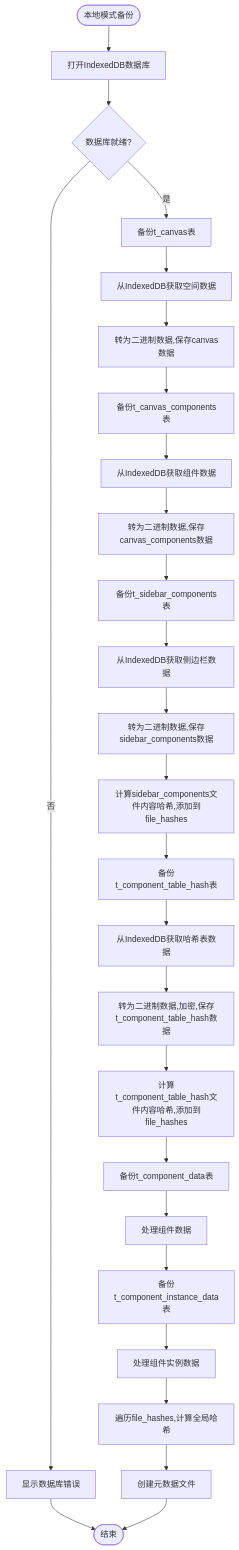
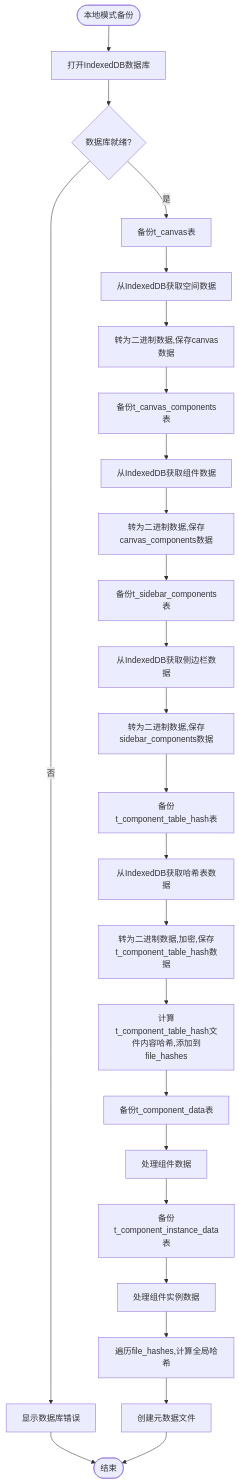
One commit to yingjianzh/iodraw-files changed the diagram in all/未命名-60.md. Above: the diagram before and after it, drawn with Mermaid.

Commit message:
2025-05-15 14:48:04 update

````diff
--- a/all/未命名-60.md
+++ b/all/未命名-60.md
@@ -1,38 +1,36 @@
 ```mermaid
 
 flowchart TD
     Start([本地模式备份]) --> OpenDB[打开IndexedDB数据库]
     OpenDB --> DBReady{数据库就绪?}
     
     DBReady -->|否| ShowDBError[显示数据库错误]
     DBReady -->|是| BackupCanvas[备份t_canvas表]
     
     ShowDBError --> End([结束])
     
     BackupCanvas --> GetCanvasFromDB[从IndexedDB获取空间数据]
     GetCanvasFromDB --> ProcessCanvasFile[转为二进制数据,保存canvas数据]
     ProcessCanvasFile -->  BackupCanvasComps[备份t_canvas_components表]
     BackupCanvasComps --> GetCanvasCompsFromDB[从IndexedDB获取组件数据]
     GetCanvasCompsFromDB --> ProcessCanvasCompsFile[转为二进制数据,保存canvas_components数据]
     ProcessCanvasCompsFile -->  BackupSidebarComps[备份t_sidebar_components表]
     BackupSidebarComps --> GetSidebarCompsFromDB[从IndexedDB获取侧边栏数据]
     GetSidebarCompsFromDB --> ProcessSidebarCompsFile[转为二进制数据,保存sidebar_components数据]
-    ProcessSidebarCompsFile --> AddSidebarCompsHash[计算sidebar_components文件内容哈希,添加到file_hashes]
-    
-    AddSidebarCompsHash --> BackupHashTables[备份t_component_table_hash表]
+    ProcessSidebarCompsFile --> BackupHashTables[备份t_component_table_hash表]
     BackupHashTables --> GetHashTablesFromDB[从IndexedDB获取哈希表数据]
     GetHashTablesFromDB --> ProcessHashTablesFile[转为二进制数据,加密,保存t_component_table_hash数据]
     ProcessHashTablesFile --> AddHashTablesHash[计算t_component_table_hash文件内容哈希,添加到file_hashes]
     
     AddHashTablesHash --> BackupCompData[备份t_component_data表]
     BackupCompData --> ProcessCompData[处理组件数据]
     
     ProcessCompData --> BackupInstData[备份t_component_instance_data表]
     BackupInstData --> ProcessInstData[处理组件实例数据]
     
     ProcessInstData --> CalculateGlobalHash[遍历file_hashes,计算全局哈希]
     CalculateGlobalHash --> CreateMetadataFile[创建元数据文件]
     
     CreateMetadataFile --> End
 
 ```
````
